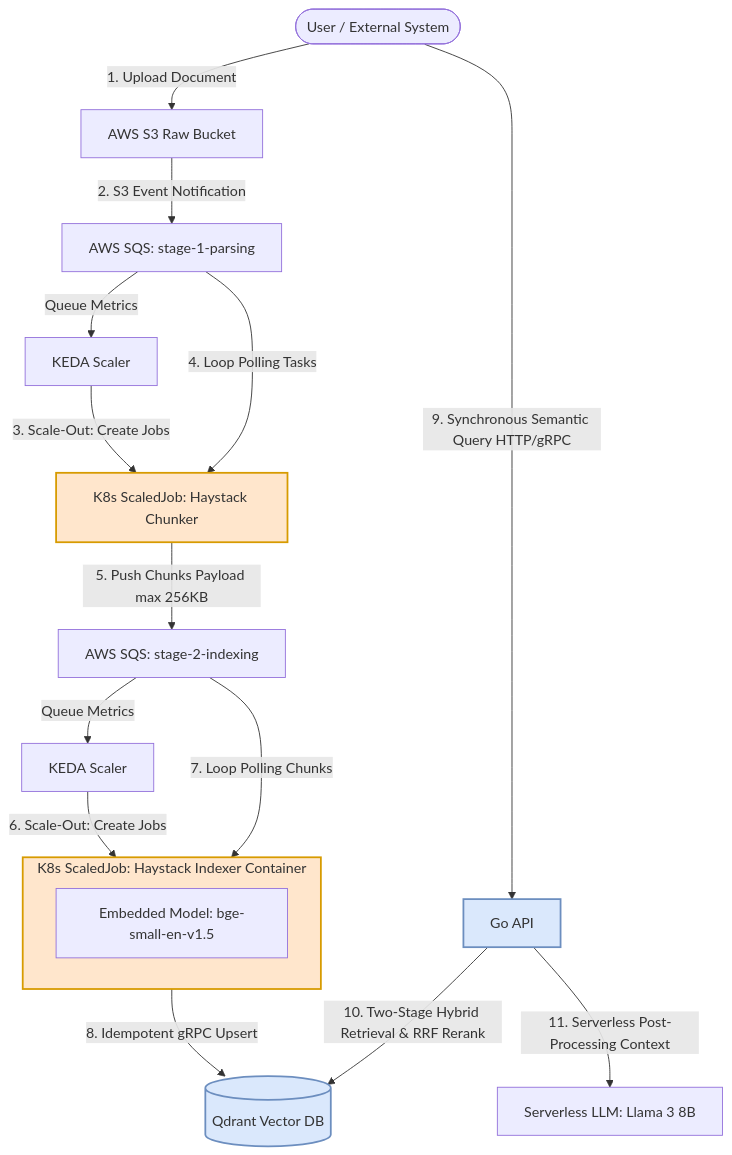
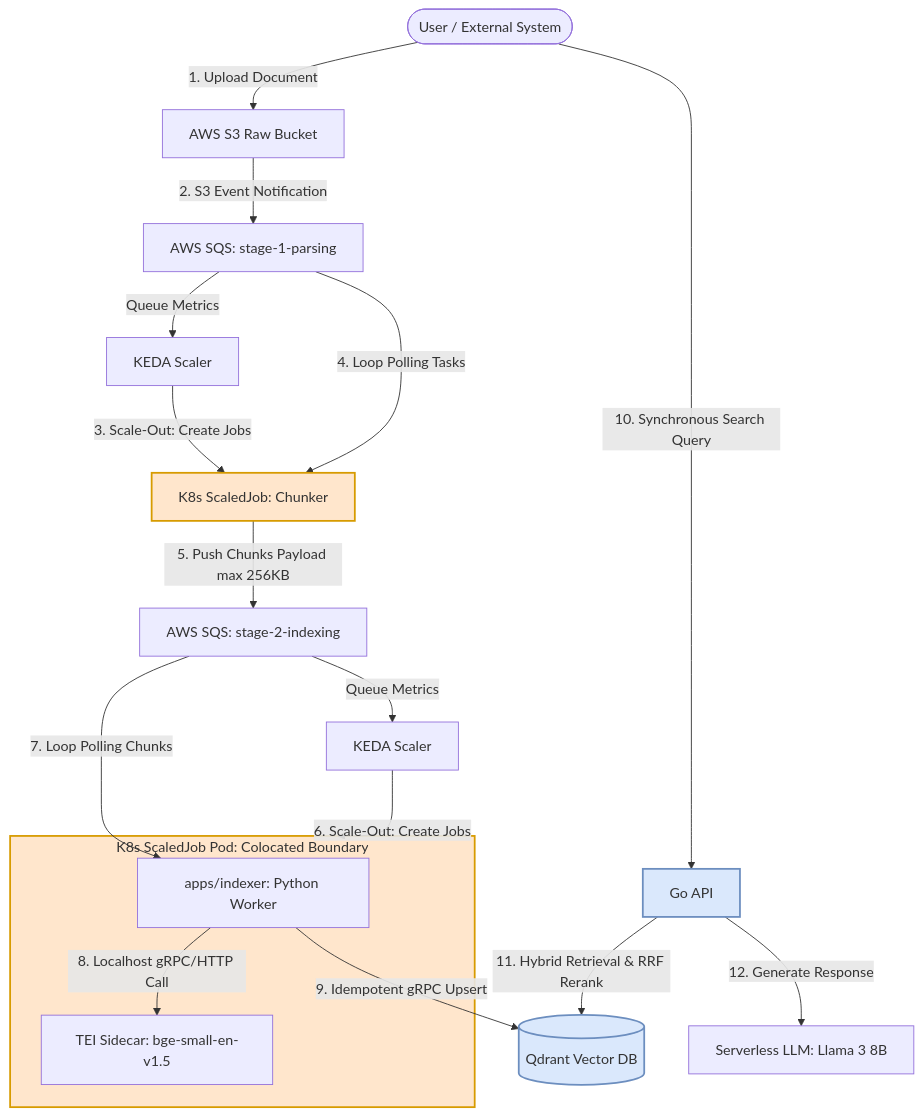
The diagram in docs/architecture.md (maksimillian1/simple-rag), drawn with Mermaid before and after one commit. The commit also changed other lines of this file and 4 other files, not shown here.

````diff
--- a/docs/architecture.md
+++ b/docs/architecture.md
@@ -21,34 +21,34 @@
 ```mermaid
 graph TD
     User([User / External System]) -->|1. Upload Document| S3[AWS S3 Raw Bucket]
     S3 -->|2. S3 Event Notification| SQS1[AWS SQS: stage-1-parsing]
     
     %% Stage 1 Boundary
     SQS1 -->|Queue Metrics| KEDA1[KEDA Scaler]
-    KEDA1 -->|3. Scale-Out: Create Jobs| Job1[K8s ScaledJob: Haystack Chunker]
+    KEDA1 -->|3. Scale-Out: Create Jobs| Job1[K8s ScaledJob: Chunker]
     SQS1 -->|4. Loop Polling Tasks| Job1
     
     %% Intermediate Payload Passing
     Job1 -->|5. Push Chunks Payload max 256KB| SQS2[AWS SQS: stage-2-indexing]
     
-    %% Stage 2 Boundary
+    %% Stage 2 Boundary (Colocated Sidecar Pattern)
     SQS2 -->|Queue Metrics| KEDA2[KEDA Scaler]
-    KEDA2 -->|6. Scale-Out: Create Jobs| Job2[K8s ScaledJob: Haystack Indexer]
-    SQS2 -->|7. Loop Polling Chunks| Job2
+    KEDA2 -->|6. Scale-Out: Create Jobs| Job2[K8s ScaledJob: Indexer Pod]
+    SQS2 -->|7. Loop Polling Chunks| Indexer
     
-    subgraph Job2 [K8s ScaledJob: Haystack Indexer Container]
-        Model[Embedded Model: bge-small-en-v1.5]
+    subgraph Job2 [K8s ScaledJob Pod: Colocated Boundary]
+        Indexer[apps/indexer: Python Worker] -->|8. Localhost gRPC/HTTP Call| TEI[TEI Sidecar: bge-small-en-v1.5]
     end
     
-    Job2 -->|8. Idempotent gRPC Upsert| Qdrant[(Qdrant Vector DB)]
+    Indexer -->|9. Idempotent gRPC Upsert| Qdrant[(Qdrant Vector DB)]
     
     %% Query Boundary
-    User -->|9. Synchronous Semantic Query HTTP/gRPC| GoAPI[Go API]
-    GoAPI -->|10. Two-Stage Hybrid Retrieval & RRF Rerank| Qdrant
-    GoAPI -->|11. Serverless Post-Processing Context| LLM[Serverless LLM: Llama 3 8B]
+    User -->|10. Synchronous Search Query| GoAPI[Go API]
+    GoAPI -->|11. Hybrid Retrieval & RRF Rerank| Qdrant
+    GoAPI -->|12. Generate Response| LLM[Serverless LLM: Llama 3 8B]
 
     classDef spot fill:#ffe6cc,stroke:#d79b00,stroke-width:2px;
     classDef ondemand fill:#dae8fc,stroke:#6c8ebf,stroke-width:2px;
     class Job1,Job2 spot;
     class GoAPI,Qdrant ondemand;
 ```
````
